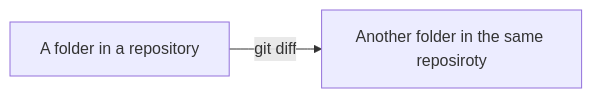
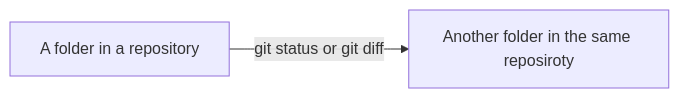
The second of 6 diagrams in README.md (Takakiriy/new-commit), drawn with Mermaid before and after one commit. The commit also changed other lines of this file and 5 other files, not shown here.

````diff
--- a/README.md
+++ b/README.md
@@ -17,4 +17,4 @@
 ```mermaid
 graph LR;
-    s[ A folder in a repository ] -- git diff --> d[ Another folder in the same reposiroty ];
+    s[ A folder in a repository ] -- git status or git diff --> d[ Another folder in the same reposiroty ];
 ```
````
